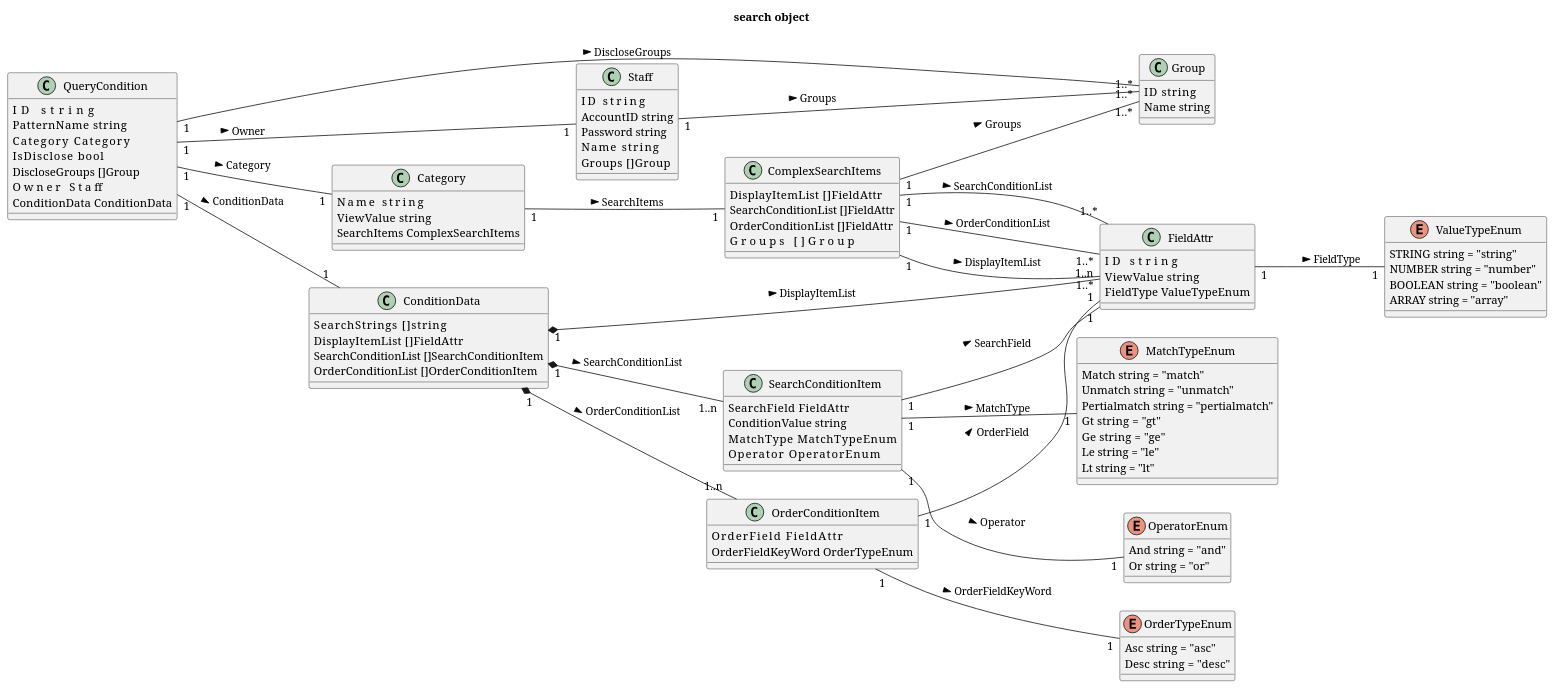
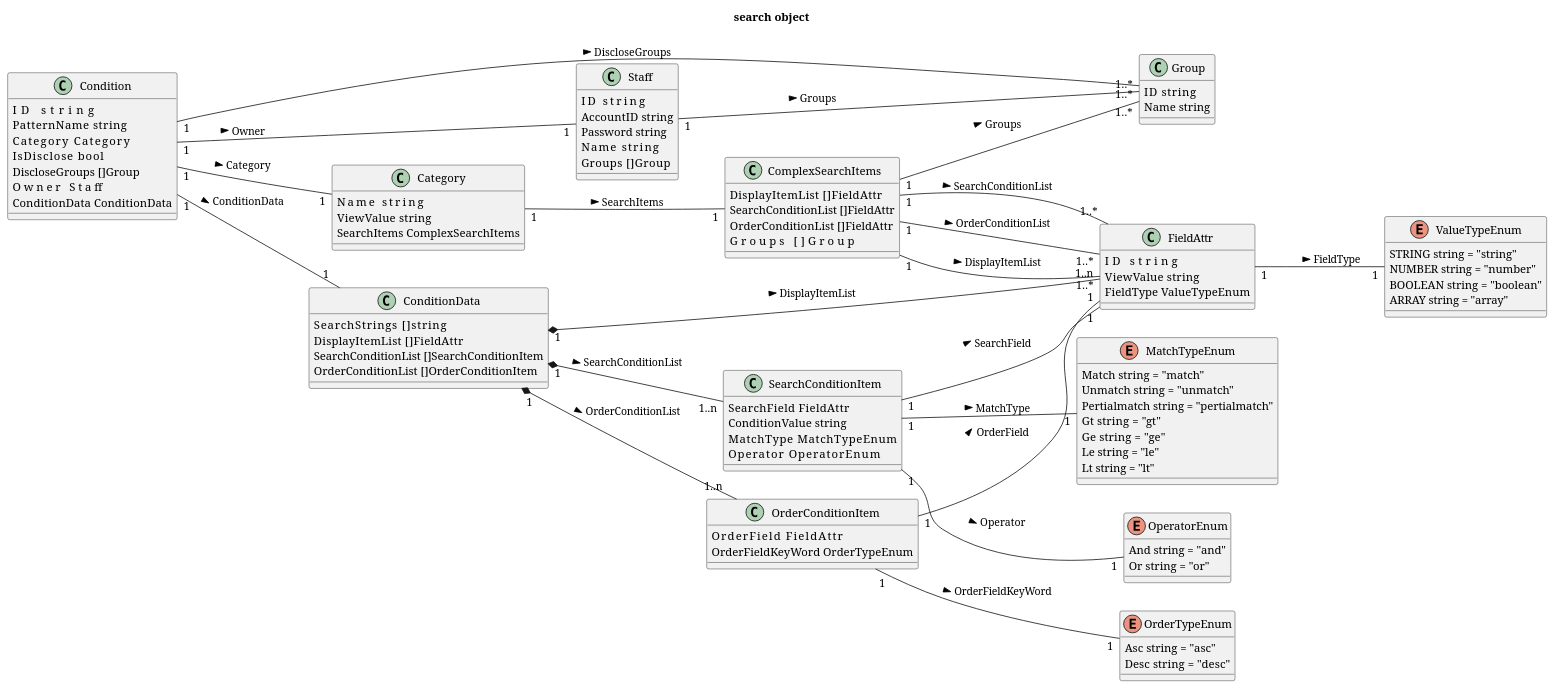
Before and after one commit to wazatoki/Regulus: the first of 3 diagrams in documents/search.md, drawn with PlantUML. The commit also changed 8 other files, not shown here.

Commit message:
repository:queryCondition.Select　検索はDBにクエリを発行して行う様に変更

```diff
--- a/documents/search.md
+++ b/documents/search.md
@@ -114,7 +114,7 @@
 
 Staff "1" -- "1..*" Group : Groups >
 
-class QueryCondition {
+class Condition {
     ID             string
 	PatternName    string
 	Category       Category
@@ -124,10 +124,10 @@
 	ConditionData  ConditionData
 }
 
-QueryCondition "1" -- "1" Category : Category >
-QueryCondition "1" -- "1" ConditionData : ConditionData >
-QueryCondition "1" -- "1" Staff : Owner >
-QueryCondition "1" -- "1..*" Group : DiscloseGroups >
+Condition "1" -- "1" Category : Category >
+Condition "1" -- "1" ConditionData : ConditionData >
+Condition "1" -- "1" Staff : Owner >
+Condition "1" -- "1..*" Group : DiscloseGroups >
 
 @enduml
 
```
